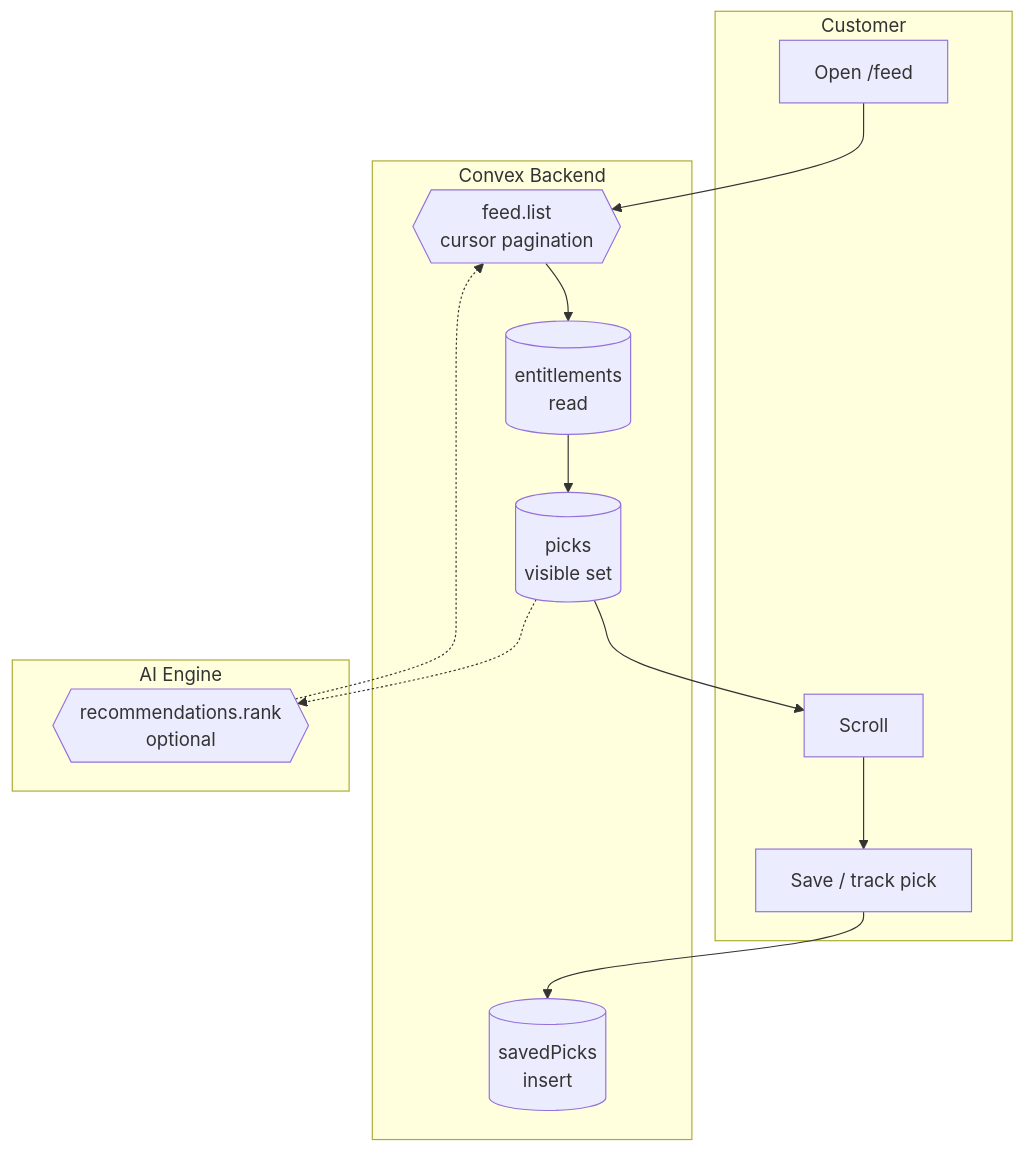
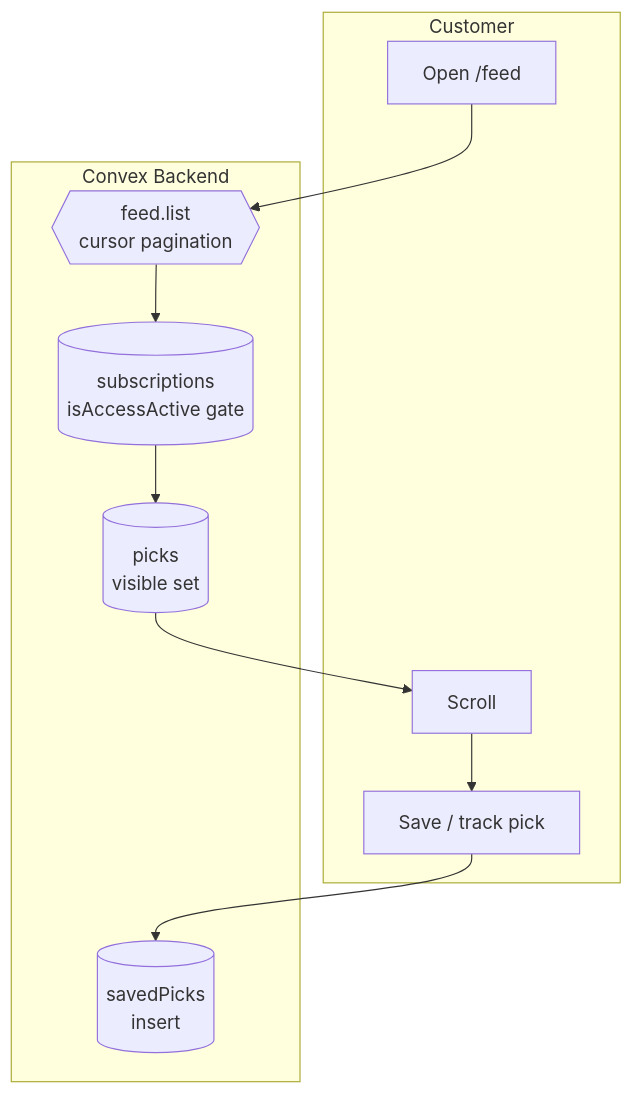
The diagram in docs/bpmn/BPMN-004-feed-consumption.md (xalatechnologies/DigiPicks-v2), drawn with Mermaid before and after one commit. The commit also changed other lines of this file and 33 other files, not shown here.

````diff
--- a/docs/bpmn/BPMN-004-feed-consumption.md
+++ b/docs/bpmn/BPMN-004-feed-consumption.md
@@ -27,21 +26,17 @@
 ```mermaid
 flowchart TD
   subgraph C[Customer]
     c1[Open /feed]
     c2[Scroll]
     c3[Save / track pick]
   end
   subgraph K[Convex Backend]
     k1{{feed.list<br/>cursor pagination}}
-    k2[(entitlements<br/>read)]
+    k2[(subscriptions<br/>isAccessActive gate)]
     k3[(picks<br/>visible set)]
     k4[(savedPicks<br/>insert)]
   end
-  subgraph A[AI Engine]
-    a1{{recommendations.rank<br/>optional}}
-  end
 
   c1 --> k1 --> k2 --> k3 --> c2
-  k3 -.-> a1 -.-> k1
   c2 --> c3 --> k4
 ```
````
